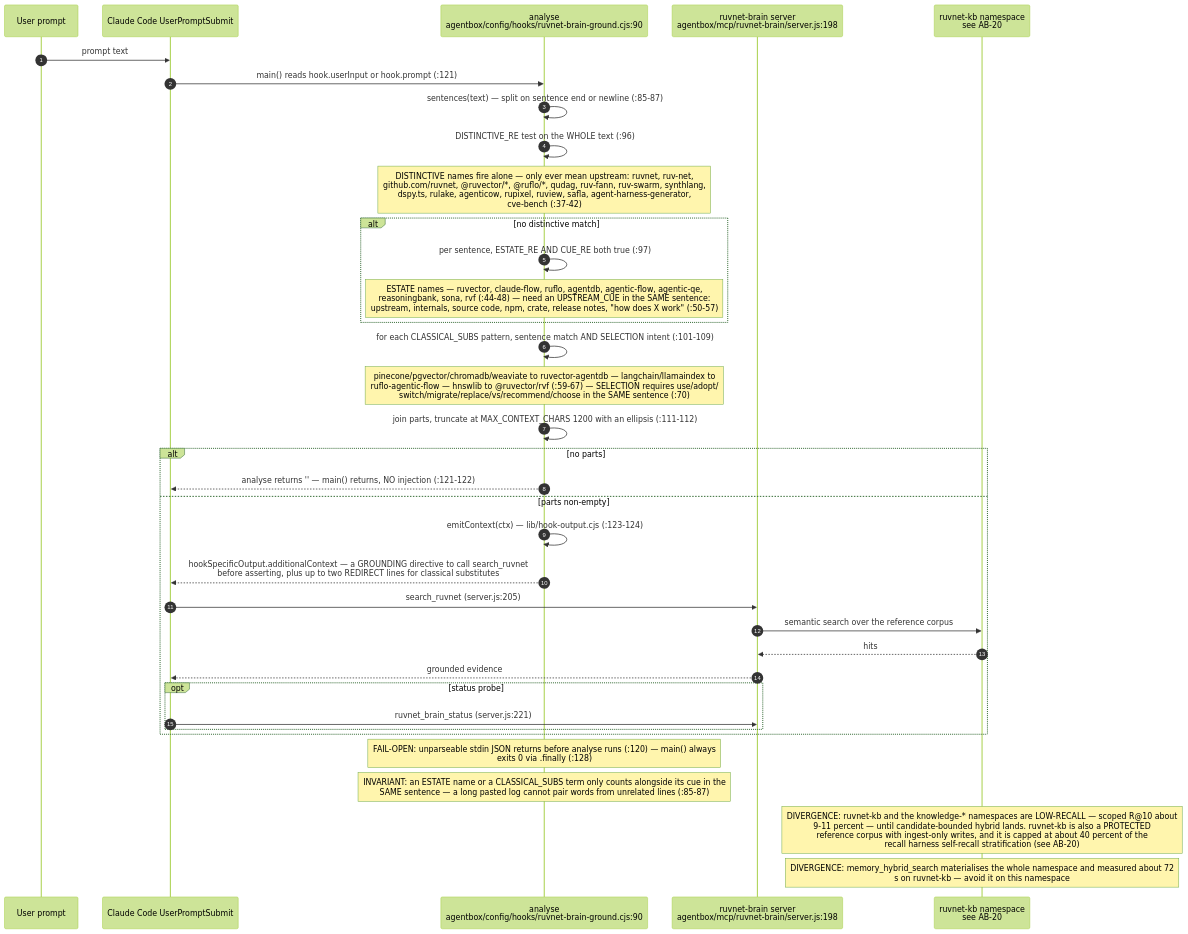
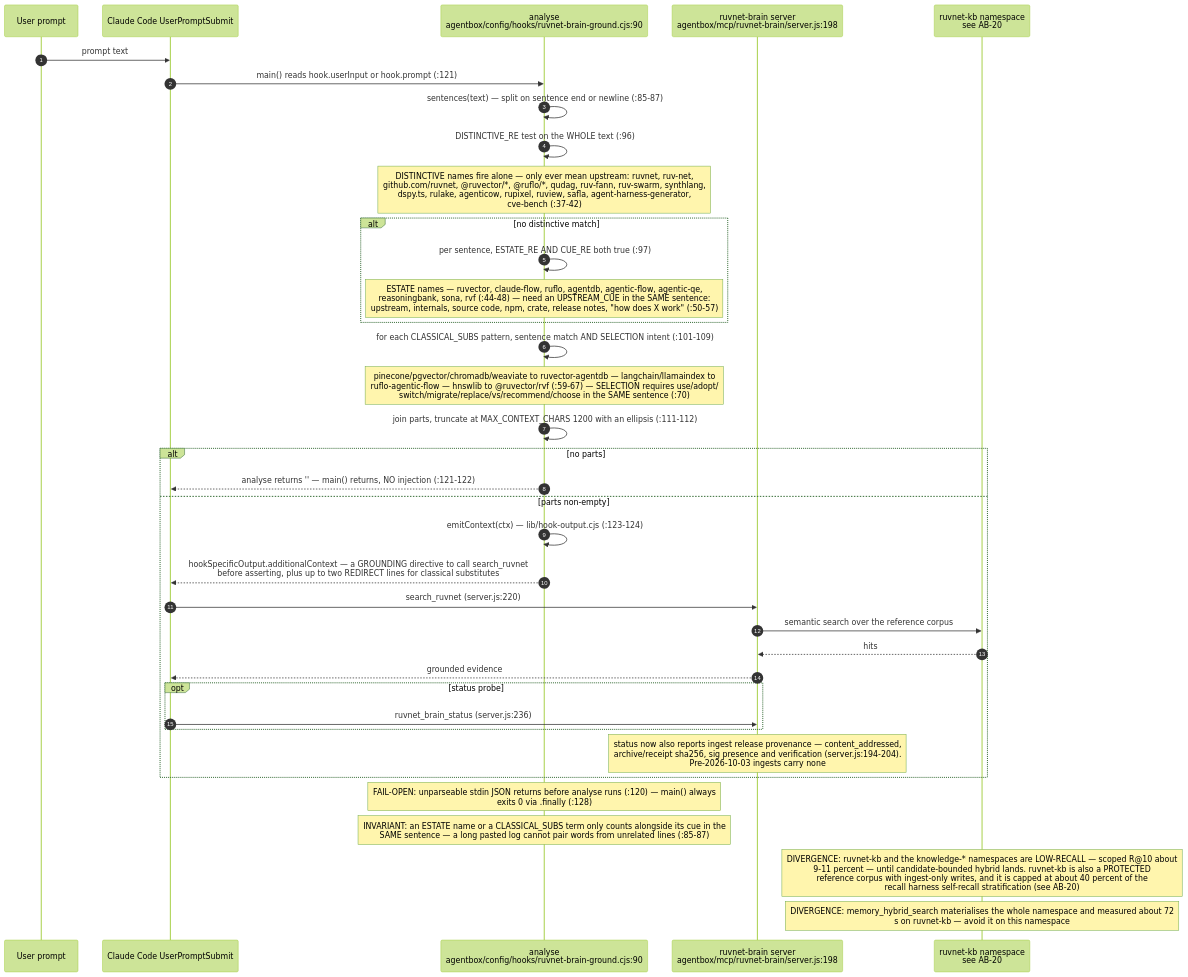
One commit to DreamLab-AI/VisionFlow changed the eighth of 9 diagrams in docs/diagrams/agentbox/26-headroom-beads-spawn-brain.md. Above: the diagram before and after it, drawn with Mermaid (forest theme). The commit also changed other lines of this file and 111 other files, not shown here.

Commit message:
docs(diagrams): align estate maps with current source

````diff
--- a/docs/diagrams/agentbox/26-headroom-beads-spawn-brain.md
+++ b/docs/diagrams/agentbox/26-headroom-beads-spawn-brain.md
@@ -321,39 +321,40 @@
 ```mermaid
 sequenceDiagram
     autonumber
     participant U as User prompt
     participant CC as Claude Code UserPromptSubmit
     participant HK as analyse<br/>agentbox/config/hooks/ruvnet-brain-ground.cjs:90
     participant MCP as ruvnet-brain server<br/>agentbox/mcp/ruvnet-brain/server.js:198
     participant KB as ruvnet-kb namespace<br/>see AB-20
 
     U->>CC: prompt text
     CC->>HK: main() reads hook.userInput or hook.prompt (:121)
     HK->>HK: sentences(text) — split on sentence end or newline (:85-87)
     HK->>HK: DISTINCTIVE_RE test on the WHOLE text (:96)
     Note over HK: DISTINCTIVE names fire alone — only ever mean upstream: ruvnet, ruv-net,<br/>github.com/ruvnet, @ruvector/*, @ruflo/*, qudag, ruv-fann, ruv-swarm, synthlang,<br/>dspy.ts, rulake, agenticow, rupixel, ruview, safla, agent-harness-generator,<br/>cve-bench (:37-42)
     alt no distinctive match
         HK->>HK: per sentence, ESTATE_RE AND CUE_RE both true (:97)
         Note over HK: ESTATE names — ruvector, claude-flow, ruflo, agentdb, agentic-flow, agentic-qe,<br/>reasoningbank, sona, rvf (:44-48) — need an UPSTREAM_CUE in the SAME sentence:<br/>upstream, internals, source code, npm, crate, release notes, "how does X work" (:50-57)
     end
     HK->>HK: for each CLASSICAL_SUBS pattern, sentence match AND SELECTION intent (:101-109)
     Note over HK: pinecone/pgvector/chromadb/weaviate to ruvector-agentdb — langchain/llamaindex to<br/>ruflo-agentic-flow — hnswlib to @ruvector/rvf (:59-67) — SELECTION requires use/adopt/<br/>switch/migrate/replace/vs/recommend/choose in the SAME sentence (:70)
     HK->>HK: join parts, truncate at MAX_CONTEXT_CHARS 1200 with an ellipsis (:111-112)
     alt no parts
         HK-->>CC: analyse returns '' — main() returns, NO injection (:121-122)
     else parts non-empty
         HK->>HK: emitContext(ctx) — lib/hook-output.cjs (:123-124)
         HK-->>CC: hookSpecificOutput.additionalContext — a GROUNDING directive to call search_ruvnet<br/>before asserting, plus up to two REDIRECT lines for classical substitutes
-        CC->>MCP: search_ruvnet (server.js:205)
+        CC->>MCP: search_ruvnet (server.js:220)
         MCP->>KB: semantic search over the reference corpus
         KB-->>MCP: hits
         MCP-->>CC: grounded evidence
         opt status probe
-            CC->>MCP: ruvnet_brain_status (server.js:221)
+            CC->>MCP: ruvnet_brain_status (server.js:236)
         end
+        Note over MCP: status now also reports ingest release provenance — content_addressed,<br/>archive/receipt sha256, sig presence and verification (server.js:194-204).<br/>Pre-2026-10-03 ingests carry none
     end
     Note over HK: FAIL-OPEN: unparseable stdin JSON returns before analyse runs (:120) — main() always<br/>exits 0 via .finally (:128)
     Note over HK: INVARIANT: an ESTATE name or a CLASSICAL_SUBS term only counts alongside its cue in the<br/>SAME sentence — a long pasted log cannot pair words from unrelated lines (:85-87)
     Note over KB: DIVERGENCE: ruvnet-kb and the knowledge-* namespaces are LOW-RECALL — scoped R@10 about<br/>9-11 percent — until candidate-bounded hybrid lands. ruvnet-kb is also a PROTECTED<br/>reference corpus with ingest-only writes, and it is capped at about 40 percent of the<br/>recall harness self-recall stratification (see AB-20)
     Note over KB: DIVERGENCE: memory_hybrid_search materialises the whole namespace and measured about 72<br/>s on ruvnet-kb — avoid it on this namespace
 ```
````
